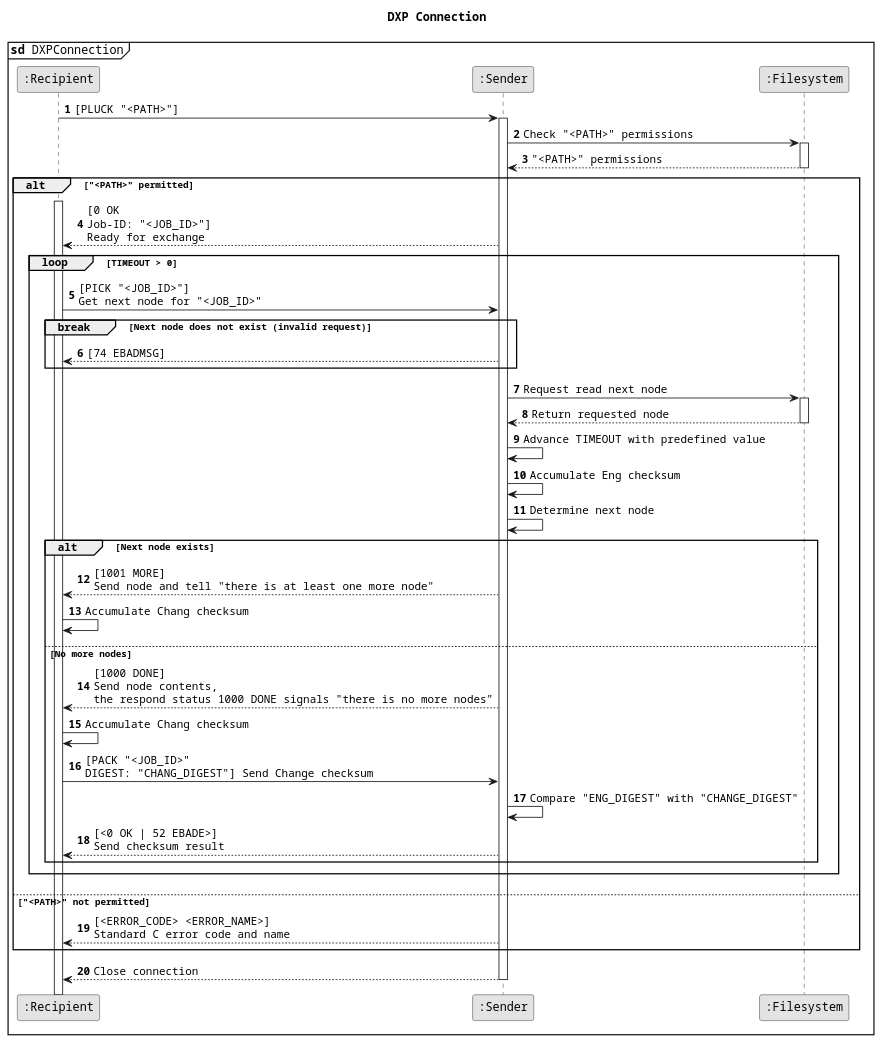
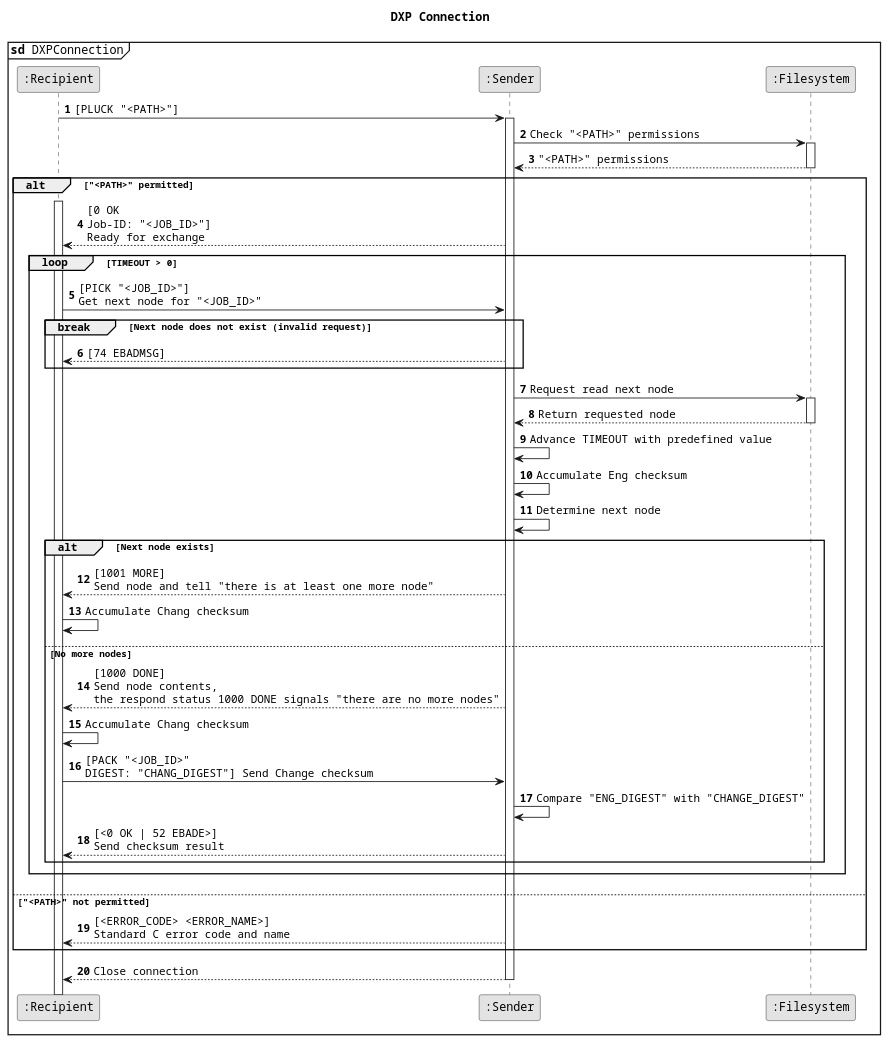
One commit to naiithink/pastree changed the diagram in diagrams/dxp-connection.puml. Above: the diagram before and after it, drawn with PlantUML. The commit also changed 4 other files, not shown here.

Commit message:
Update spec, fix diagram

```diff
--- a/diagrams/dxp-connection.puml
+++ b/diagrams/dxp-connection.puml
@@ -1,75 +1,75 @@
 @startuml
 !pragma teoz true
 skinparam monochrome true
 skinparam defaultFontName Courier
 
 title DXP Connection
 mainframe **sd** DXPConnection
 
 participant ":Recipient" as Recipient
 participant ":Sender" as Sender
 participant ":Filesystem" as Filesystem
 
 autonumber
 
 Recipient -> Sender: [PLUCK "<PATH>"]
 activate Sender
 
 Sender -> Filesystem: Check "<PATH>" permissions
 activate Filesystem
 Filesystem --> Sender: "<PATH>" permissions
 deactivate Filesystem
 
 ' alt 1
 alt "<PATH>" permitted
 activate Recipient
 Sender --> Recipient: [0 OK\nJob-ID: "<JOB_ID>"]\nReady for exchange
 
 ' loop 1
 loop TIMEOUT > 0
 Recipient -> Sender: [PICK "<JOB_ID>"]\nGet next node for "<JOB_ID>"
 
 ' break 1
 break Next node does not exist (invalid request)
 Sender --> Recipient: [74 EBADMSG]
 
 ' break 1
 end
 
 Sender -> Filesystem: Request read next node
 activate Filesystem
 Filesystem --> Sender: Return requested node
 deactivate Filesystem
 
 Sender -> Sender: Advance TIMEOUT with predefined value
 Sender -> Sender: Accumulate Eng checksum
 Sender -> Sender: Determine next node
 
 ' alt 2
 alt Next node exists
 Sender --> Recipient: [1001 MORE]\nSend node and tell "there is at least one more node"
 Recipient -> Recipient: Accumulate Chang checksum
 
 ' alt 2
 else No more nodes
-Sender --> Recipient: [1000 DONE]\nSend node contents,\nthe respond status 1000 DONE signals "there is no more nodes"
+Sender --> Recipient: [1000 DONE]\nSend node contents,\nthe respond status 1000 DONE signals "there are no more nodes"
 Recipient -> Recipient: Accumulate Chang checksum
 Recipient -> Sender: [PACK "<JOB_ID>"\nDIGEST: "CHANG_DIGEST"] Send Change checksum
 Sender -> Sender: Compare "ENG_DIGEST" with "CHANGE_DIGEST"
 Sender --> Recipient: [<0 OK | 52 EBADE>]\nSend checksum result
 
 ' alt 2
 end
 
 ' loop 1
 end
 
 ' alt 1
 else "<PATH>" not permitted
 Sender --> Recipient: [<ERROR_CODE> <ERROR_NAME>]\nStandard C error code and name
 'alt 1
 end
 
 Sender --> Recipient: Close connection
 deactivate Sender
 @enduml
```
